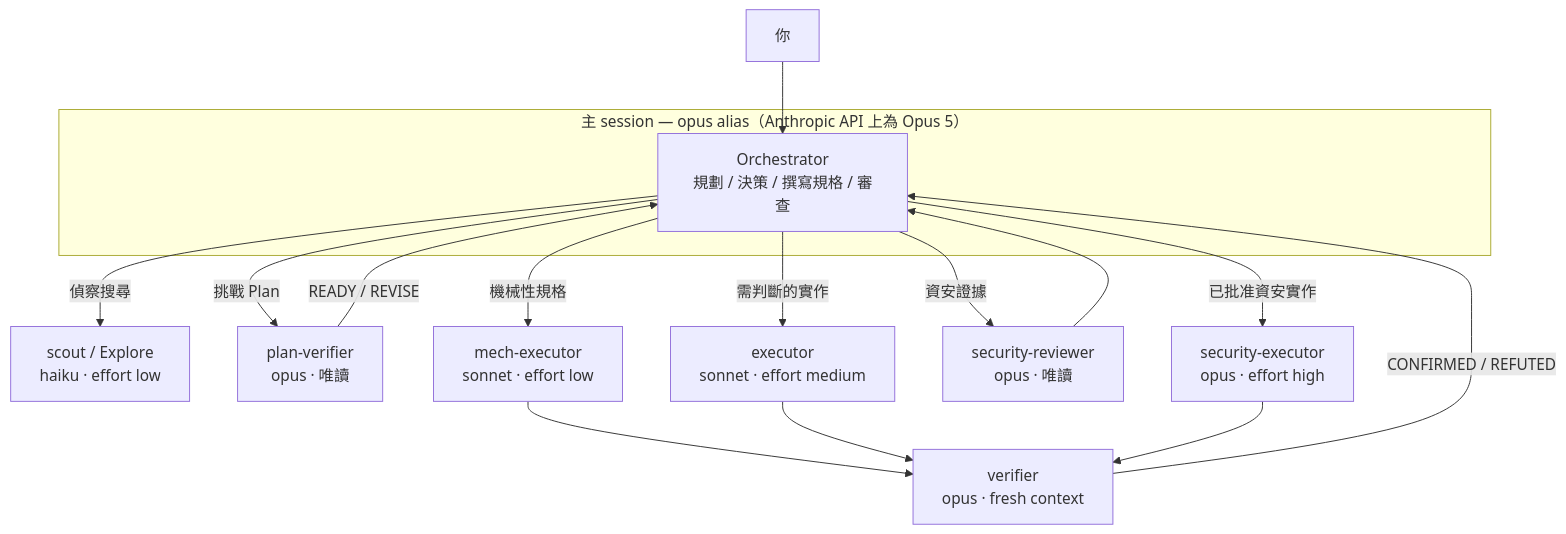
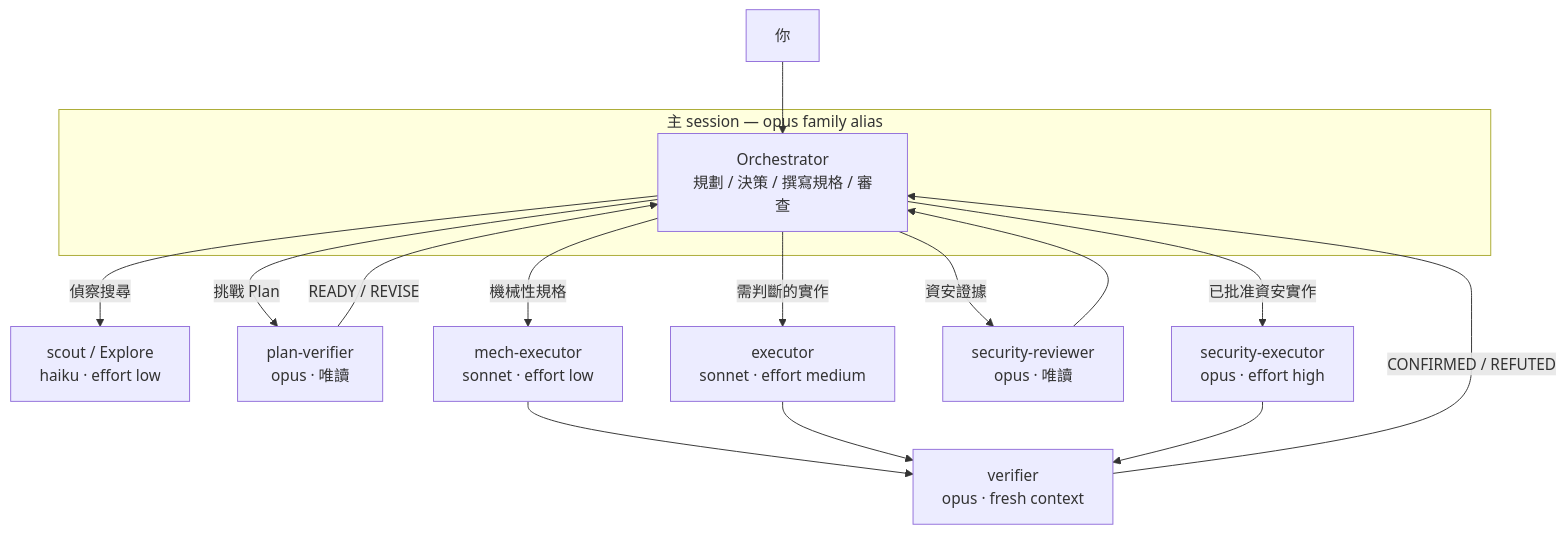
One commit to Nanako0129/pilotfish changed the diagram in README.zh-TW.md. Above: the diagram before and after it, drawn with Mermaid. The commit also changed other lines of this file and 9 other files, not shown here.

First line of the commit message:
docs(config): bound Opus alias routing claims

````diff
--- a/README.zh-TW.md
+++ b/README.zh-TW.md
@@ -62,19 +62,19 @@
 ```mermaid
 flowchart TD
     U[你] --> O
-    subgraph MAIN["主 session — opus alias（Anthropic API 上為 Opus 5）"]
+    subgraph MAIN["主 session — opus family alias"]
         O["Orchestrator<br>規劃 / 決策 / 撰寫規格 / 審查"]
     end
     O -->|偵察搜尋| S["scout / Explore<br>haiku · effort low"]
     O -->|挑戰 Plan| PV["plan-verifier<br>opus · 唯讀"]
     PV -->|READY / REVISE| O
     O -->|機械性規格| M["mech-executor<br>sonnet · effort low"]
     O -->|需判斷的實作| E["executor<br>sonnet · effort medium"]
     O -->|資安證據| SR["security-reviewer<br>opus · 唯讀"]
     SR --> O
     O -->|已批准資安實作| SEC["security-executor<br>opus · effort high"]
     M --> V["verifier<br>opus · fresh context"]
     E --> V
     SEC --> V
     V -->|CONFIRMED / REFUTED| O
 ```
````
